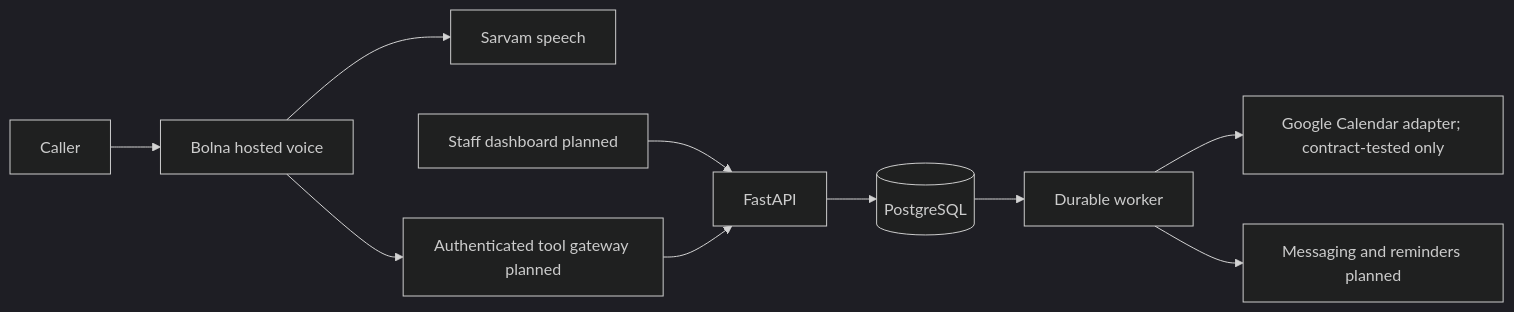
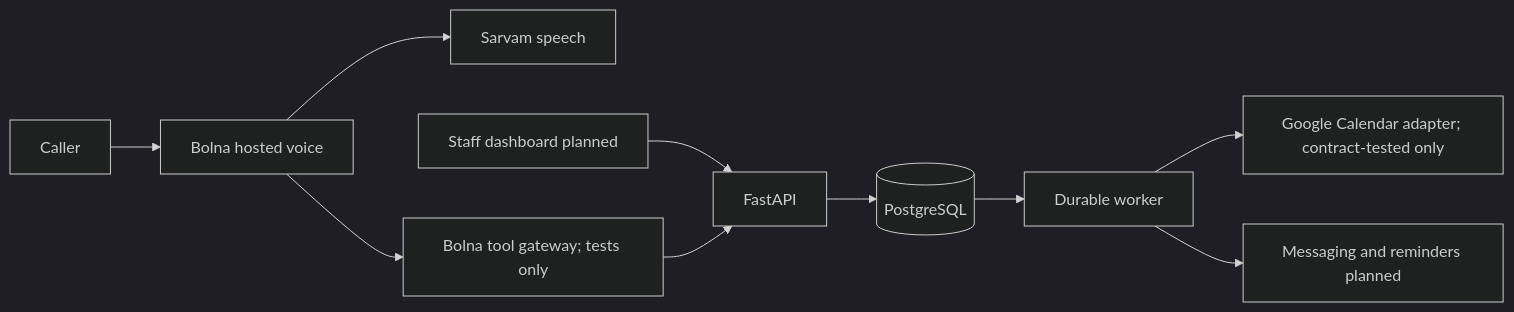
Before and after one commit to arsalannkhann/clinic-frontdesk: the diagram in docs/ARCHITECTURE.md, drawn with Mermaid (dark theme). The commit also changed other lines of this file and 35 other files, not shown here.

First line of the commit message:
Add Bolna trusted gateway, call sessions and agent config compiler

````diff
--- a/docs/ARCHITECTURE.md
+++ b/docs/ARCHITECTURE.md
@@ -5,12 +5,12 @@
 ```mermaid
 flowchart LR
   Caller --> Bolna[Bolna hosted voice]
   Bolna --> Speech[Sarvam speech]
-  Bolna --> Gateway[Authenticated tool gateway planned]
+  Bolna --> Gateway[Bolna tool gateway; tests only]
   Staff[Staff dashboard planned] --> API[FastAPI]
   Gateway --> API
   API --> DB[(PostgreSQL)]
   DB --> Worker[Durable worker]
   Worker --> Calendar[Google Calendar adapter; contract-tested only]
   Worker --> Delivery[Messaging and reminders planned]
 ```
````
